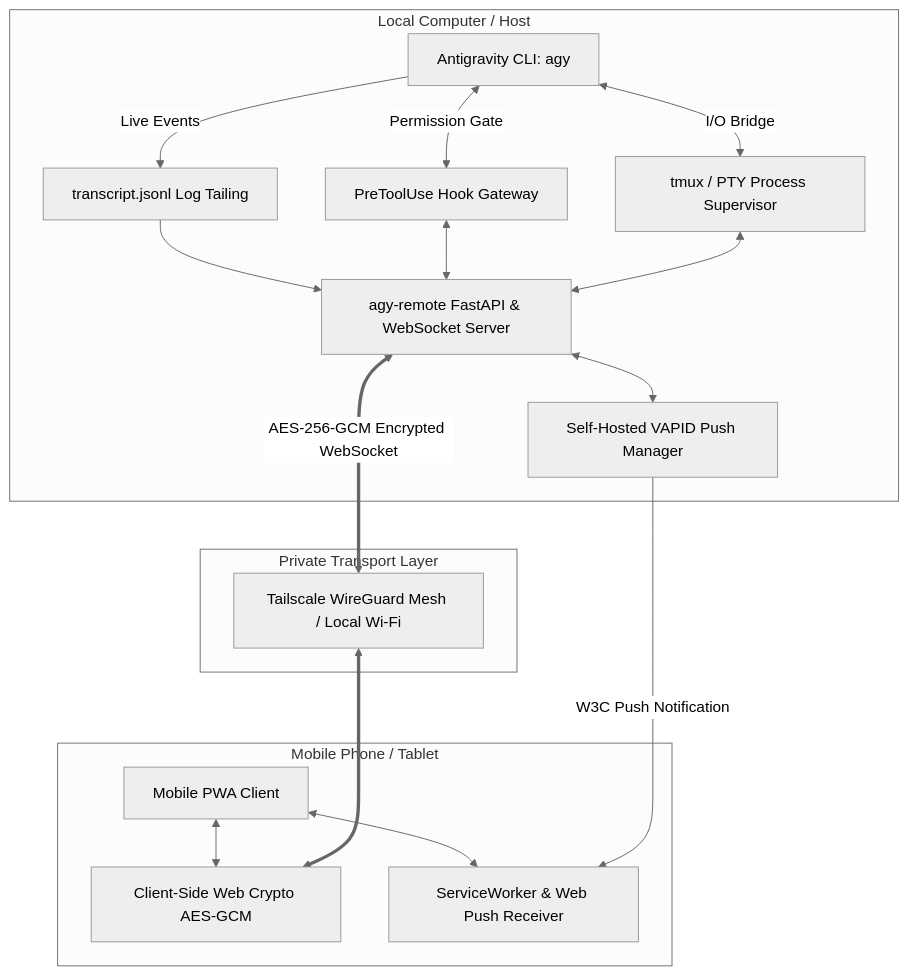
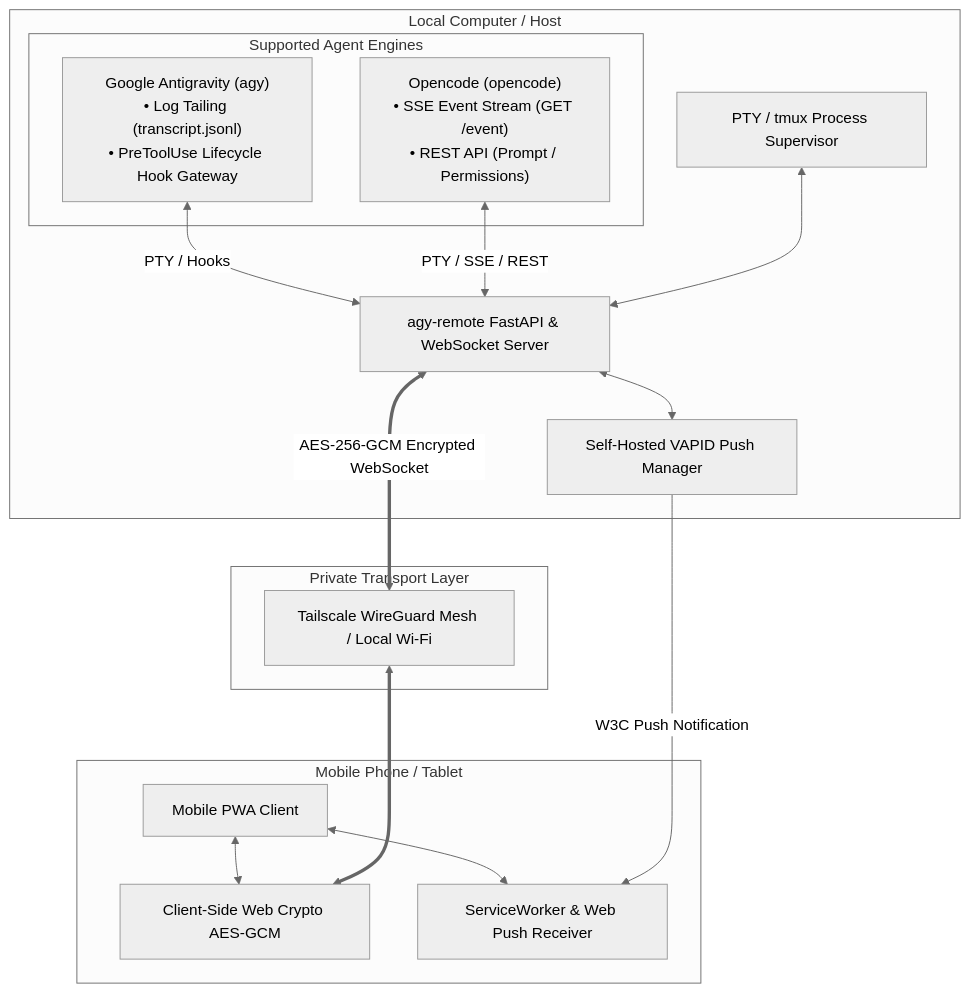
The diagram in README.md (ollisulopuisto/agy-remote), drawn with Mermaid (neutral theme) before and after one commit. The commit also changed other lines of this file and 3 other files, not shown here.

````diff
--- a/README.md
+++ b/README.md
@@ -47,35 +56,34 @@
 ```mermaid
 flowchart TD
     subgraph Host Machine [Local Computer / Host]
-        CLI[Antigravity CLI: agy]
-        TMUX[tmux / PTY Process Supervisor]
-        LOGS[transcript.jsonl Log Tailing]
-        HOOKS[PreToolUse Hook Gateway]
+        subgraph Agent Backends [Supported Agent Engines]
+            AGY["Google Antigravity (agy)<br/>• Log Tailing (transcript.jsonl)<br/>• PreToolUse Lifecycle Hook Gateway"]
+            OPENCODE["Opencode (opencode)<br/>• SSE Event Stream (GET /event)<br/>• REST API (Prompt / Permissions)"]
+        end
+
+        SUPERVISOR[PTY / tmux Process Supervisor]
         SERVER[agy-remote FastAPI & WebSocket Server]
         VAPID[Self-Hosted VAPID Push Manager]
 
-        CLI <-->|I/O Bridge| TMUX
-        CLI -->|Live Events| LOGS
-        CLI <-->|Permission Gate| HOOKS
-        LOGS --> SERVER
-        HOOKS <--> SERVER
-        TMUX <--> SERVER
+        AGY <-->|PTY / Hooks| SERVER
+        OPENCODE <-->|PTY / SSE / REST| SERVER
+        SUPERVISOR <--> SERVER
         SERVER <--> VAPID
     end
 
     subgraph Transport [Private Transport Layer]
         TS[Tailscale WireGuard Mesh / Local Wi-Fi]
     end
 
     subgraph Mobile Device [Mobile Phone / Tablet]
         PWA[Mobile PWA Client]
         CRYPTO[Client-Side Web Crypto AES-GCM]
         SW[ServiceWorker & Web Push Receiver]
 
         PWA <--> CRYPTO
         PWA <--> SW
     end
 
     SERVER <===>|AES-256-GCM Encrypted WebSocket| TS <===> CRYPTO
     VAPID --->|W3C Push Notification| SW
 ```
````
